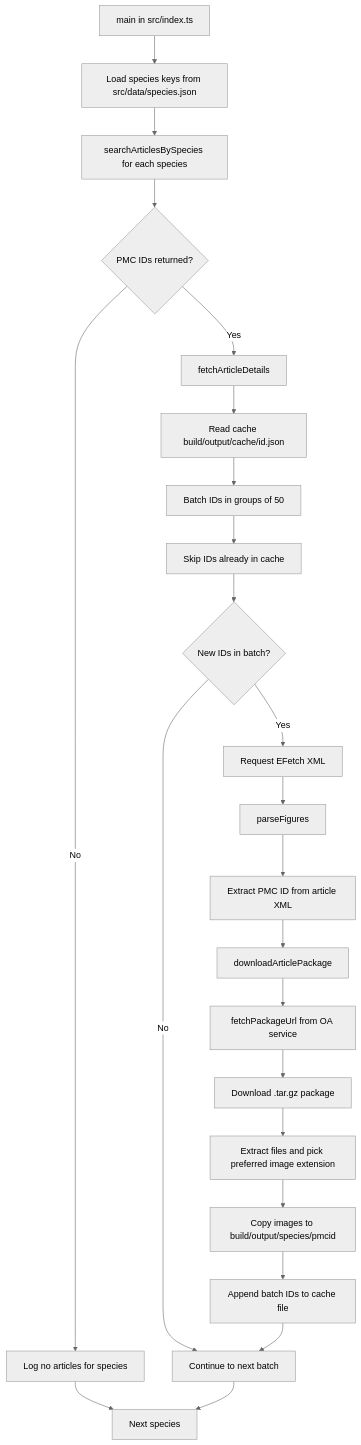
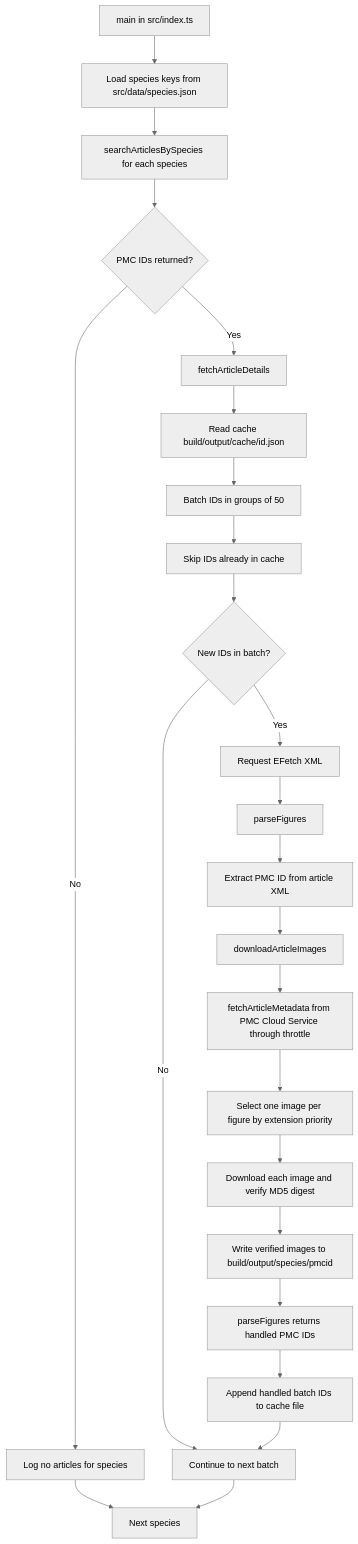
Before and after one commit to AlexJSully/Publication-Figure-Retrieval: the diagram in docs/usage/api/index.md, drawn with Mermaid (neutral theme). The commit also changed other lines of this file and 28 other files, not shown here.

First line of the commit message:
Fix unable to retrieve figure publication images (#242)

````diff
--- a/docs/usage/api/index.md
+++ b/docs/usage/api/index.md
@@ -29,28 +33,29 @@
 ```mermaid
 flowchart TD
     accTitle: API Processing Pipeline
-    accDescr: Flow of function calls from main through species search, batched XML retrieval, XML parsing, package download, extraction, and cache updates.
+    accDescr: main loads species keys and calls searchArticlesBySpecies for each species. If no PMC IDs are returned it logs that and moves to the next species. Otherwise fetchArticleDetails reads the cache file, splits the IDs into batches of 50 and skips IDs already cached; a batch with no new IDs is skipped. For a batch with new IDs it requests EFetch XML and calls parseFigures, which awaits XML parsing and handles one article at a time. For each article it extracts the PMC ID and calls downloadArticleImages, which fetches the article metadata through the throttle by listing the PMC Cloud Service bucket for the highest article version and reading its metadata JSON. It selects one image per figure by extension priority, downloads each image, verifies its MD5 digest and writes verified images to build/output/species/pmcid. Articles whose image download completes, including articles with no selected images, and articles not in the PMC Article Datasets are reported as handled; other failures are logged and left out. fetchArticleDetails then appends only the handled batch IDs to the cache file and continues with the next batch.
 
     A[main in src/index.ts] --> B[Load species keys from src/data/species.json]
     B --> C[searchArticlesBySpecies for each species]
     C --> D{PMC IDs returned?}
     D -->|No| E[Log no articles for species]
     D -->|Yes| F[fetchArticleDetails]
     F --> G[Read cache build/output/cache/id.json]
     G --> H[Batch IDs in groups of 50]
     H --> I[Skip IDs already in cache]
     I --> J{New IDs in batch?}
     J -->|No| K[Continue to next batch]
     J -->|Yes| L[Request EFetch XML]
     L --> M[parseFigures]
     M --> N[Extract PMC ID from article XML]
-    N --> O[downloadArticlePackage]
-    O --> P[fetchPackageUrl from OA service]
-    P --> Q[Download .tar.gz package]
-    Q --> R[Extract files and pick preferred image extension]
-    R --> S[Copy images to build/output/species/pmcid]
-    S --> T[Append batch IDs to cache file]
-    T --> K
-    E --> U[Next species]
-    K --> U
+    N --> O[downloadArticleImages]
+    O --> P[fetchArticleMetadata from PMC Cloud Service through throttle]
+    P --> Q[Select one image per figure by extension priority]
+    Q --> R[Download each image and verify MD5 digest]
+    R --> S[Write verified images to build/output/species/pmcid]
+    S --> T[parseFigures returns handled PMC IDs]
+    T --> U[Append handled batch IDs to cache file]
+    U --> K
+    E --> V[Next species]
+    K --> V
 ```
````
